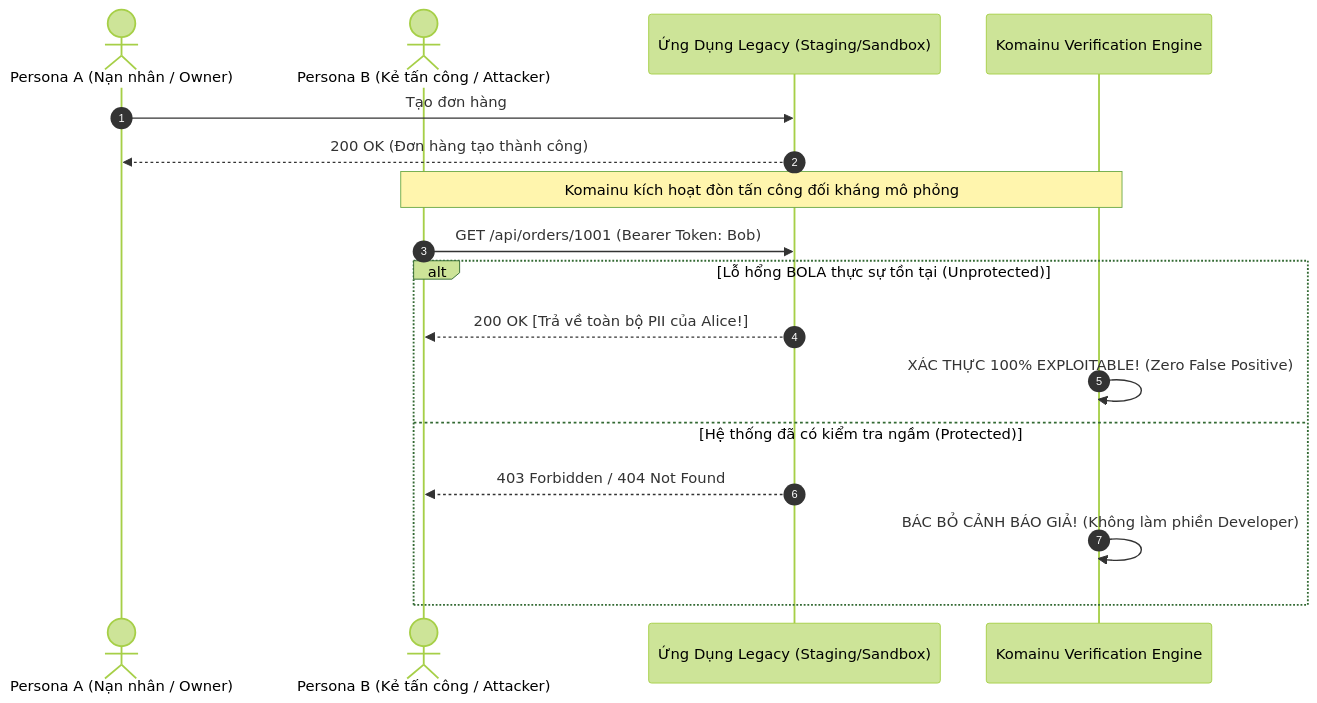
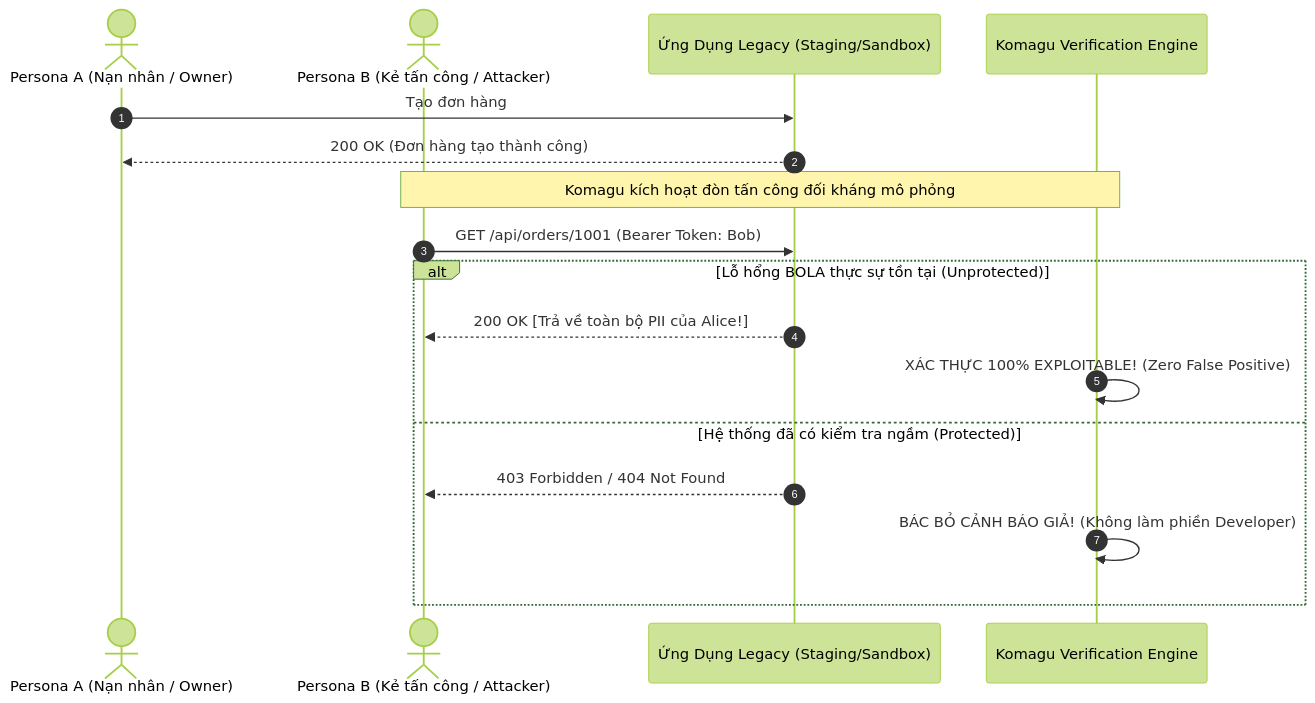
Before and after one commit to hoanghainh1188/komagu: the second of 4 diagrams in docs/articles/offensive-defense-multi-ai-consensus-vi.md, drawn with Mermaid (forest theme). The commit also changed other lines of this file and 56 other files, not shown here.

````diff
--- a/docs/articles/offensive-defense-multi-ai-consensus-vi.md
+++ b/docs/articles/offensive-defense-multi-ai-consensus-vi.md
@@ -66,22 +66,22 @@
 ```mermaid
 sequenceDiagram
     autonumber
     actor Alice as Persona A (Nạn nhân / Owner)
     actor Bob as Persona B (Kẻ tấn công / Attacker)
     participant Target as Ứng Dụng Legacy (Staging/Sandbox)
-    participant Komainu as Komainu Verification Engine
+    participant Komagu as Komagu Verification Engine
 
     Alice->>Target: Tạo đơn hàng #1001 (Owner: Alice)
     Target-->>Alice: 200 OK (Đơn hàng tạo thành công)
     
-    Note over Komainu,Bob: Komainu kích hoạt đòn tấn công đối kháng mô phỏng
+    Note over Komagu,Bob: Komagu kích hoạt đòn tấn công đối kháng mô phỏng
     Bob->>Target: GET /api/orders/1001 (Bearer Token: Bob)
     
     alt Lỗ hổng BOLA thực sự tồn tại (Unprotected)
         Target-->>Bob: 200 OK [Trả về toàn bộ PII của Alice!]
-        Komainu->>Komainu: XÁC THỰC 100% EXPLOITABLE! (Zero False Positive)
+        Komagu->>Komagu: XÁC THỰC 100% EXPLOITABLE! (Zero False Positive)
     else Hệ thống đã có kiểm tra ngầm (Protected)
         Target-->>Bob: 403 Forbidden / 404 Not Found
-        Komainu->>Komainu: BÁC BỎ CẢNH BÁO GIẢ! (Không làm phiền Developer)
+        Komagu->>Komagu: BÁC BỎ CẢNH BÁO GIẢ! (Không làm phiền Developer)
     end
 ```
````
